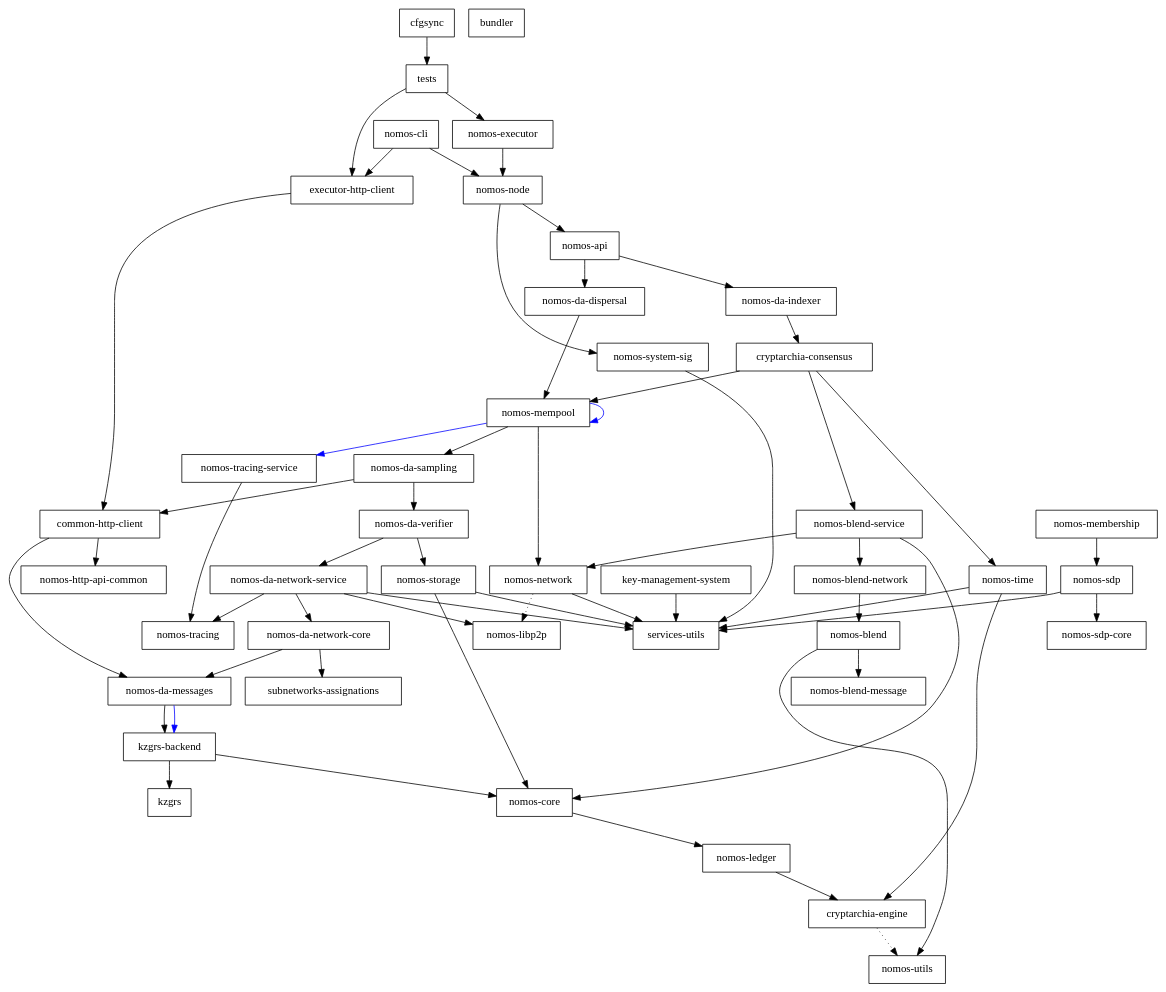
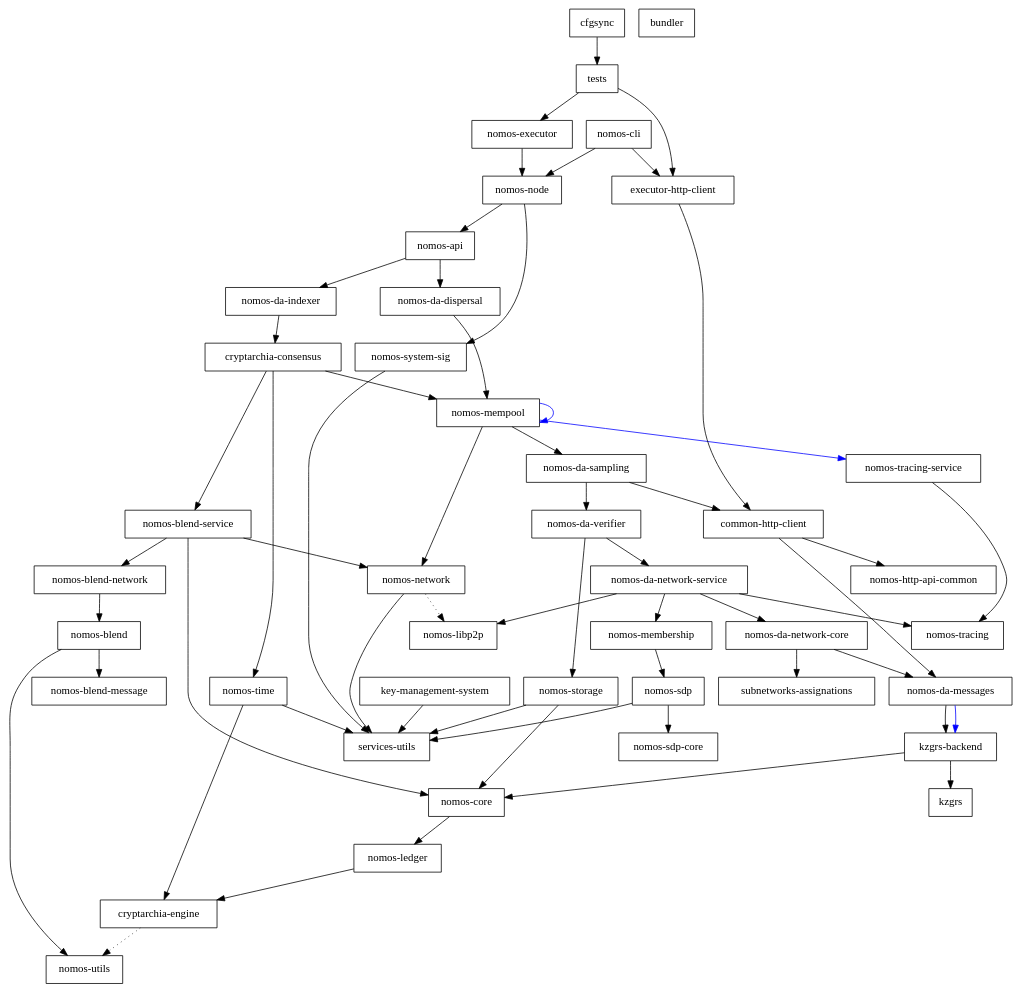
Before and after one commit to Astro521/logos-blockchain: the diagram in dependencies_graph.dot, drawn with Graphviz.

```diff
--- a/dependencies_graph.dot
+++ b/dependencies_graph.dot
@@ -1,101 +1,101 @@
 digraph {
     0 [ label = "cryptarchia-engine" shape = box]
     1 [ label = "nomos-utils" shape = box]
     2 [ label = "nomos-ledger" shape = box]
     3 [ label = "nomos-http-api-common" shape = box]
     4 [ label = "nomos-executor" shape = box]
     5 [ label = "kzgrs-backend" shape = box]
     6 [ label = "kzgrs" shape = box]
     7 [ label = "nomos-core" shape = box]
     8 [ label = "nomos-api" shape = box]
     9 [ label = "cryptarchia-consensus" shape = box]
     10 [ label = "nomos-blend-service" shape = box]
     11 [ label = "nomos-blend" shape = box]
     12 [ label = "nomos-blend-message" shape = box]
     13 [ label = "nomos-blend-network" shape = box]
     14 [ label = "nomos-libp2p" shape = box]
     15 [ label = "nomos-network" shape = box]
     16 [ label = "services-utils" shape = box]
     17 [ label = "nomos-da-sampling" shape = box]
     18 [ label = "common-http-client" shape = box]
     19 [ label = "nomos-da-messages" shape = box]
     20 [ label = "nomos-da-network-core" shape = box]
     21 [ label = "subnetworks-assignations" shape = box]
     22 [ label = "nomos-da-network-service" shape = box]
-    23 [ label = "nomos-tracing" shape = box]
-    24 [ label = "nomos-da-verifier" shape = box]
-    25 [ label = "nomos-storage" shape = box]
-    26 [ label = "nomos-mempool" shape = box]
-    27 [ label = "nomos-tracing-service" shape = box]
-    28 [ label = "nomos-time" shape = box]
-    29 [ label = "nomos-da-dispersal" shape = box]
-    30 [ label = "nomos-da-indexer" shape = box]
-    31 [ label = "nomos-node" shape = box]
-    32 [ label = "nomos-system-sig" shape = box]
-    33 [ label = "executor-http-client" shape = box]
-    34 [ label = "bundler" shape = box]
-    35 [ label = "nomos-cli" shape = box]
-    36 [ label = "nomos-sdp-core" shape = box]
-    37 [ label = "key-management-system" shape = box]
-    38 [ label = "nomos-membership" shape = box]
-    39 [ label = "nomos-sdp" shape = box]
+    23 [ label = "nomos-membership" shape = box]
+    24 [ label = "nomos-sdp" shape = box]
+    25 [ label = "nomos-sdp-core" shape = box]
+    26 [ label = "nomos-tracing" shape = box]
+    27 [ label = "nomos-da-verifier" shape = box]
+    28 [ label = "nomos-storage" shape = box]
+    29 [ label = "nomos-mempool" shape = box]
+    30 [ label = "nomos-tracing-service" shape = box]
+    31 [ label = "nomos-time" shape = box]
+    32 [ label = "nomos-da-dispersal" shape = box]
+    33 [ label = "nomos-da-indexer" shape = box]
+    34 [ label = "nomos-node" shape = box]
+    35 [ label = "nomos-system-sig" shape = box]
+    36 [ label = "executor-http-client" shape = box]
+    37 [ label = "bundler" shape = box]
+    38 [ label = "nomos-cli" shape = box]
+    39 [ label = "key-management-system" shape = box]
     40 [ label = "cfgsync" shape = box]
     41 [ label = "tests" shape = box]
     0 -> 1 [ style = dotted]
     2 -> 0 [ ]
-    4 -> 31 [ ]
+    4 -> 34 [ ]
     5 -> 6 [ ]
     5 -> 7 [ ]
     7 -> 2 [ ]
-    8 -> 29 [ ]
-    8 -> 30 [ ]
+    8 -> 32 [ ]
+    8 -> 33 [ ]
     9 -> 10 [ ]
-    9 -> 26 [ ]
-    9 -> 28 [ ]
+    9 -> 29 [ ]
+    9 -> 31 [ ]
     10 -> 13 [ ]
     10 -> 7 [ ]
     10 -> 15 [ ]
     11 -> 12 [ ]
     11 -> 1 [ ]
     13 -> 11 [ ]
     15 -> 14 [ style = dotted]
     15 -> 16 [ ]
     17 -> 18 [ ]
-    17 -> 24 [ ]
+    17 -> 27 [ ]
     18 -> 19 [ ]
     18 -> 3 [ ]
     19 -> 5 [ ]
     19 -> 5 [ color = blue]
     20 -> 19 [ ]
     20 -> 21 [ ]
     22 -> 20 [ ]
     22 -> 14 [ ]
     22 -> 23 [ ]
-    22 -> 16 [ ]
-    24 -> 22 [ ]
+    22 -> 26 [ ]
+    23 -> 24 [ ]
     24 -> 25 [ ]
-    25 -> 7 [ ]
-    25 -> 16 [ ]
-    26 -> 17 [ ]
-    26 -> 26 [ color = blue]
-    26 -> 15 [ ]
-    26 -> 27 [ color = blue]
-    27 -> 23 [ ]
-    28 -> 0 [ ]
+    24 -> 16 [ ]
+    27 -> 22 [ ]
+    27 -> 28 [ ]
+    28 -> 7 [ ]
     28 -> 16 [ ]
-    29 -> 26 [ ]
-    30 -> 9 [ ]
-    31 -> 8 [ ]
-    31 -> 32 [ ]
-    32 -> 16 [ ]
-    33 -> 18 [ ]
-    35 -> 33 [ ]
-    35 -> 31 [ ]
-    37 -> 16 [ ]
-    38 -> 39 [ ]
-    39 -> 36 [ ]
+    29 -> 17 [ ]
+    29 -> 29 [ color = blue]
+    29 -> 15 [ ]
+    29 -> 30 [ color = blue]
+    30 -> 26 [ ]
+    31 -> 0 [ ]
+    31 -> 16 [ ]
+    32 -> 29 [ ]
+    33 -> 9 [ ]
+    34 -> 8 [ ]
+    34 -> 35 [ ]
+    35 -> 16 [ ]
+    36 -> 18 [ ]
+    38 -> 36 [ ]
+    38 -> 34 [ ]
     39 -> 16 [ ]
     40 -> 41 [ ]
-    41 -> 33 [ ]
+    41 -> 36 [ ]
     41 -> 4 [ ]
 }
```
